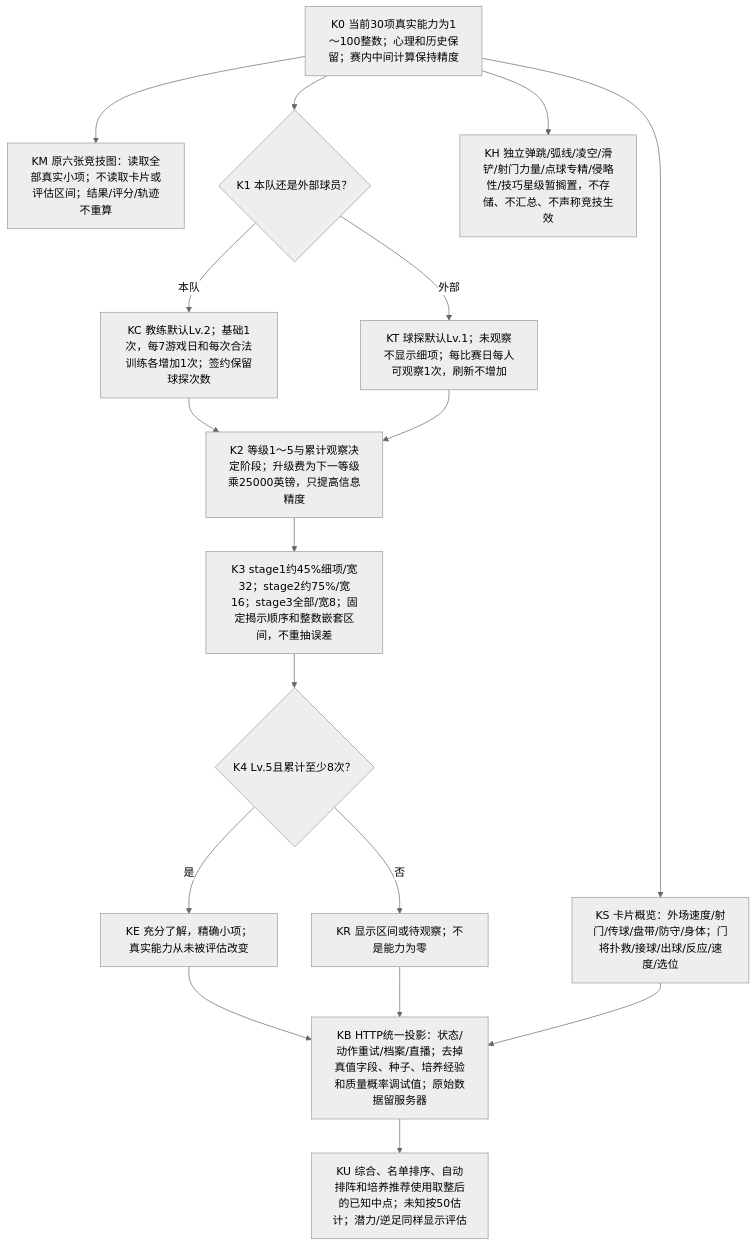
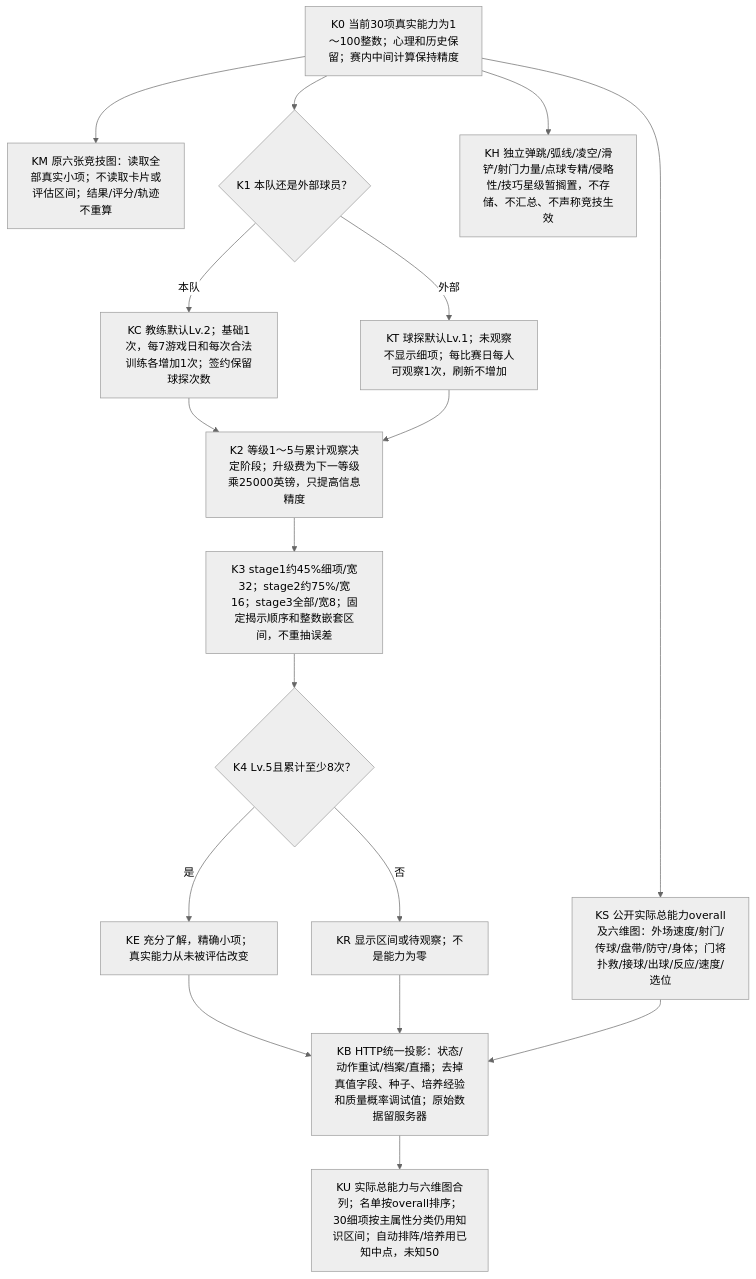
The seventh of 7 diagrams in packages/shared/modules/matches/design/PLAYER_DECISION_MAP.md (sixu3575/touchline-manager), drawn with Mermaid (neutral theme) before and after one commit. The commit also changed other lines of this file and 29 other files, not shown here.

````diff
--- a/packages/shared/modules/matches/design/PLAYER_DECISION_MAP.md
+++ b/packages/shared/modules/matches/design/PLAYER_DECISION_MAP.md
@@ -477,19 +477,19 @@
 ```mermaid
 flowchart TD
   K0["K0 当前30项真实能力为1～100整数；心理和历史保留；赛内中间计算保持精度"] --> KM["KM 原六张竞技图：读取全部真实小项；不读取卡片或评估区间；结果/评分/轨迹不重算"]
-  K0 --> KS["KS 卡片概览：外场速度/射门/传球/盘带/防守/身体；门将扑救/接球/出球/反应/速度/选位"]
+  K0 --> KS["KS 公开实际总能力overall及六维图：外场速度/射门/传球/盘带/防守/身体；门将扑救/接球/出球/反应/速度/选位"]
   K0 --> K1{"K1 本队还是外部球员？"}
   K1 -->|本队| KC["KC 教练默认Lv.2；基础1次，每7游戏日和每次合法训练各增加1次；签约保留球探次数"]
   K1 -->|外部| KT["KT 球探默认Lv.1；未观察不显示细项；每比赛日每人可观察1次，刷新不增加"]
   KC --> K2["K2 等级1～5与累计观察决定阶段；升级费为下一等级乘25000英镑，只提高信息精度"]
   KT --> K2
   K2 --> K3["K3 stage1约45%细项/宽32；stage2约75%/宽16；stage3全部/宽8；固定揭示顺序和整数嵌套区间，不重抽误差"]
   K3 --> K4{"K4 Lv.5且累计至少8次？"}
   K4 -->|是| KE["KE 充分了解，精确小项；真实能力从未被评估改变"]
   K4 -->|否| KR["KR 显示区间或待观察；不是能力为零"]
   KE --> KB["KB HTTP统一投影：状态/动作重试/档案/直播；去掉真值字段、种子、培养经验和质量概率调试值；原始数据留服务器"]
   KR --> KB
   KS --> KB
-  KB --> KU["KU 综合、名单排序、自动排阵和培养推荐使用取整后的已知中点；未知按50估计；潜力/逆足同样显示评估"]
+  KB --> KU["KU 实际总能力与六维图合列；名单按overall排序；30细项按主属性分类仍用知识区间；自动排阵/培养用已知中点，未知50"]
   K0 --> KH["KH 独立弹跳/弧线/凌空/滑铲/射门力量/点球专精/侵略性/技巧星级暂搁置，不存储、不汇总、不声称竞技生效"]
 ```
````
